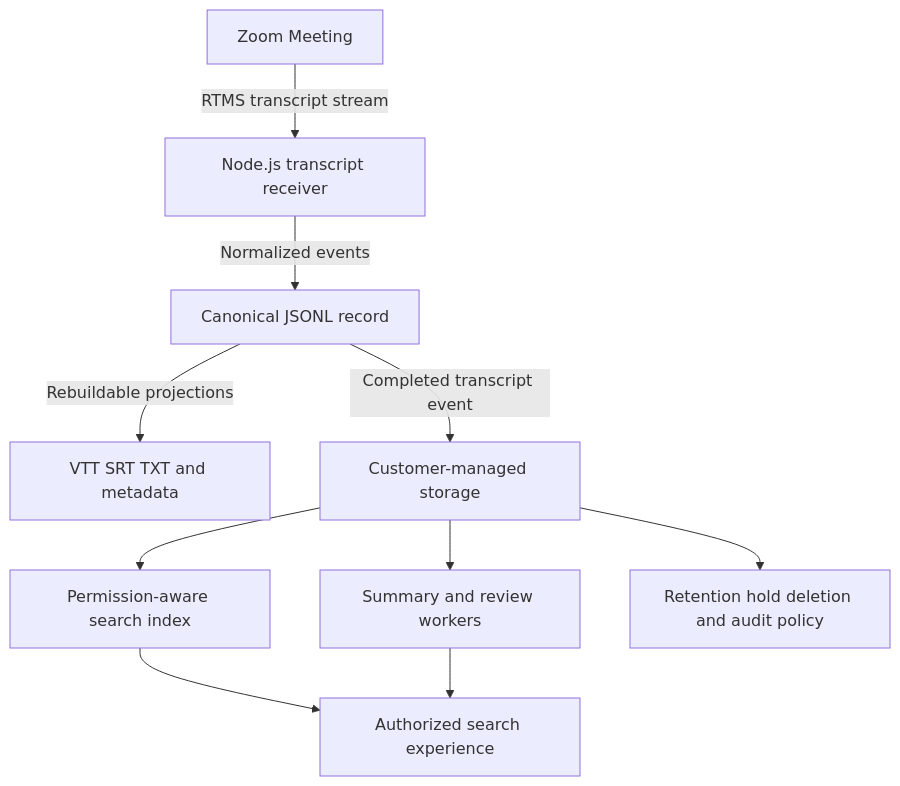
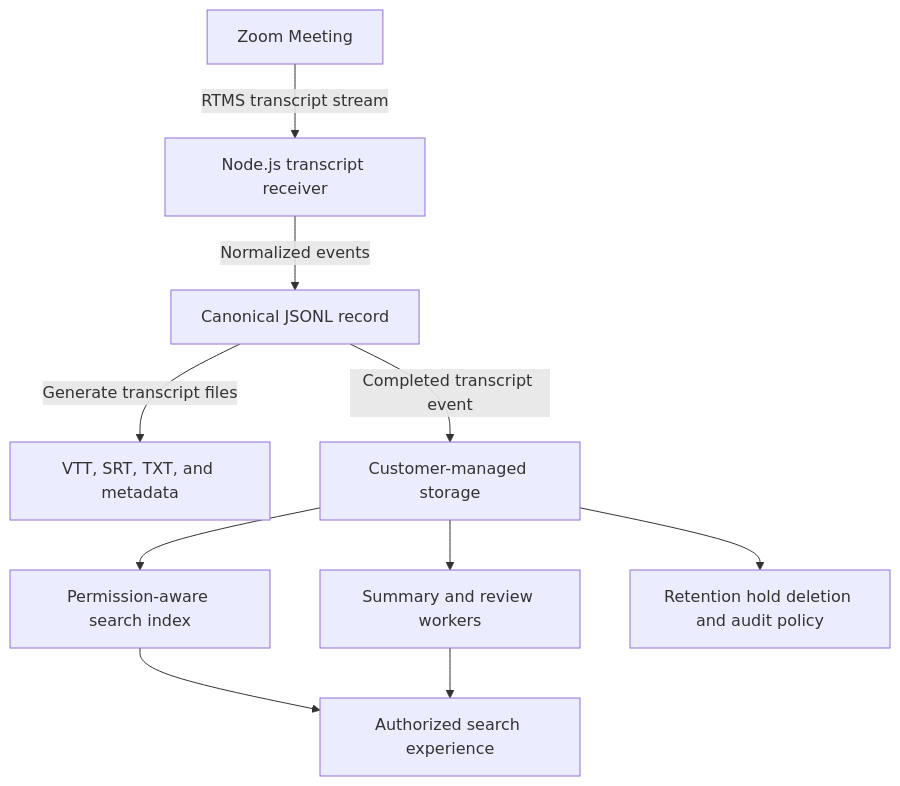
Before and after one commit to zoom/blueprints: the diagram in blueprints/meeting-transcript-knowledge-base/index.md, drawn with Mermaid.

Commit message:
Clarify transcript file generation diagram

````diff
--- a/blueprints/meeting-transcript-knowledge-base/index.md
+++ b/blueprints/meeting-transcript-knowledge-base/index.md
@@ -75,12 +75,12 @@
 ```mermaid
 flowchart TB
     A[Zoom Meeting] -->|RTMS transcript stream| B[Node.js transcript receiver]
     B -->|Normalized events| C[Canonical JSONL record]
-    C -->|Rebuildable projections| D[VTT SRT TXT and metadata]
+    C -->|Generate transcript files| D[VTT, SRT, TXT, and metadata]
     C -->|Completed transcript event| E[Customer-managed storage]
     E --> F[Permission-aware search index]
     E --> G[Summary and review workers]
     E --> H[Retention hold deletion and audit policy]
     F --> I[Authorized search experience]
     G --> I
 ```
````
